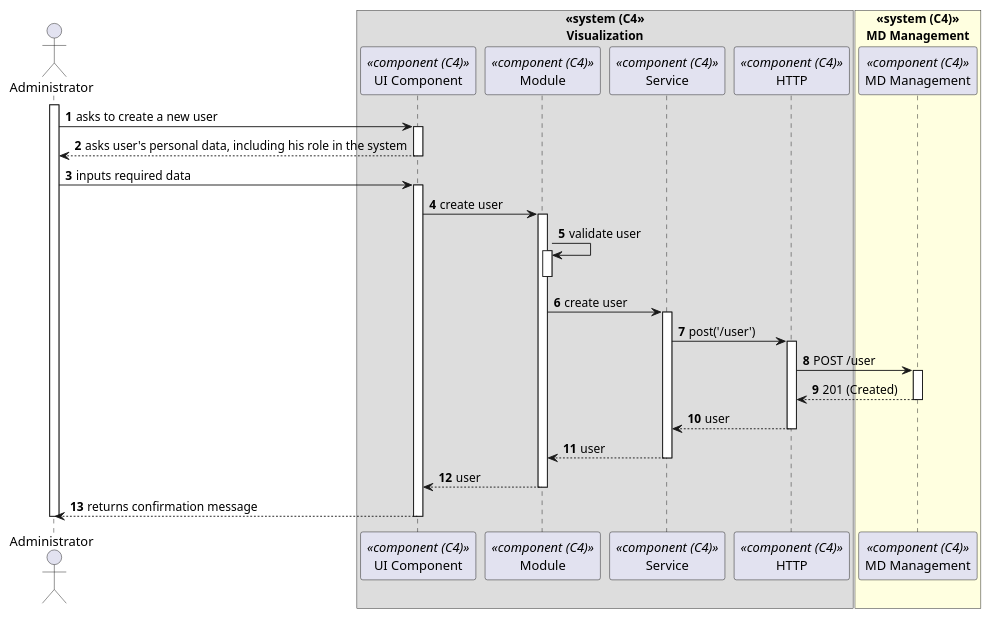
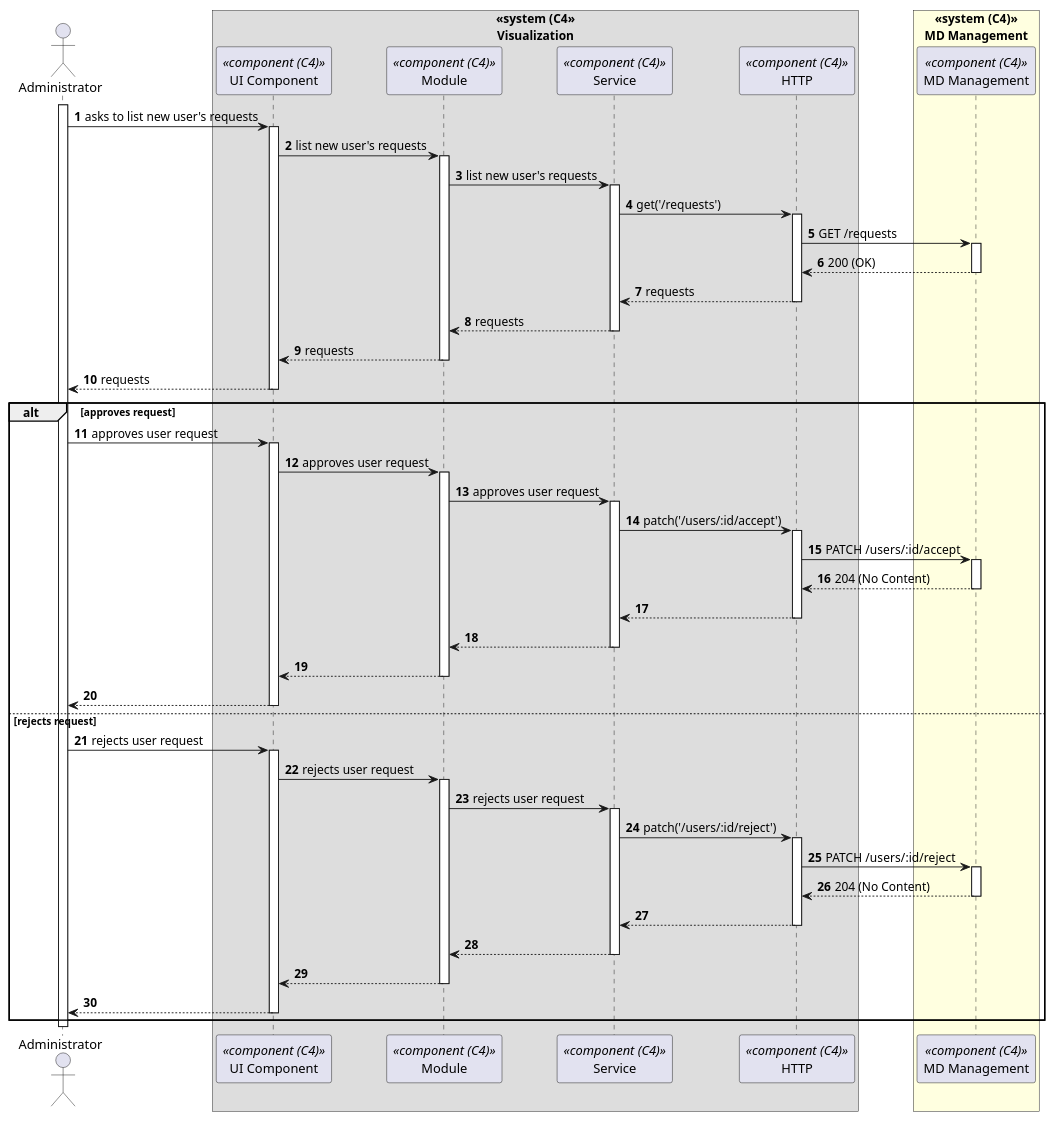
One commit to miseEnPlace-dev/lapr5 changed the diagram in _wiki/sprint-c/us-80/views/level-3/process-view.puml. Above: the diagram before and after it, drawn with PlantUML. The commit also changed 3 other files, not shown here.

```diff
--- a/_wiki/sprint-c/us-80/views/level-3/process-view.puml
+++ b/_wiki/sprint-c/us-80/views/level-3/process-view.puml
@@ -1,58 +1,91 @@
 @startuml process-view
 autonumber
 skinparam DefaultTextAlignment<<center>> center
 
 actor ADM as "Administrator"
 box "<<system (C4>>\nVisualization"<<center>>
   participant CMP as "UI Component" <<component (C4)>>
   participant MOD as "Module" <<component (C4)>>
   participant SRV as "Service" <<component (C4)>>
   participant HTTP as "HTTP" <<component (C4)>>
 end box
 
 box "<<system (C4)>>\nMD Management" <<center>>#LightYellow
   participant MDM as "MD Management" <<component (C4)>>
 end box
 
 activate ADM
 
-ADM -> CMP : asks to create a new user
+ADM -> CMP : asks to list new user's requests
 activate CMP
+CMP -> MOD : list new user's requests
+activate MOD
+MOD -> SRV : list new user's requests
+activate SRV
+SRV -> HTTP : get('/requests')
+activate HTTP
 
-ADM <-- CMP : asks user's personal data, including his role in the system
+HTTP -> MDM : GET /requests
+activate MDM
+MDM --> HTTP : 200 (OK)
+deactivate MDM
+HTTP --> SRV : requests
+deactivate HTTP
+SRV --> MOD : requests
+deactivate SRV
+MOD --> CMP : requests
+deactivate MOD
+CMP --> ADM : requests
 deactivate CMP
 
-ADM -> CMP : inputs required data
+alt approves request
+
+ADM -> CMP : approves user request
 activate CMP
-CMP -> MOD : create user
+CMP -> MOD : approves user request
 activate MOD
-MOD -> MOD : validate user
-activate MOD
+MOD -> SRV : approves user request
+activate SRV
+SRV -> HTTP : patch('/users/:id/accept')
+activate HTTP
+HTTP -> MDM : PATCH /users/:id/accept
+activate MDM
+MDM --> HTTP : 204 (No Content)
+deactivate MDM
+HTTP --> SRV 
+deactivate HTTP
+SRV --> MOD
+deactivate SRV
+MOD --> CMP
 deactivate MOD
-
-MOD -> SRV : create user
-activate SRV
-SRV -> HTTP : post('/user')
-
-activate HTTP
-
-HTTP -> MDM : POST /user
-activate MDM
-MDM --> HTTP : 201 (Created)
-deactivate MDM
-
-HTTP --> SRV : user
-deactivate HTTP
-
-SRV --> MOD : user
-deactivate SRV
-MOD --> CMP : user
-deactivate MOD
-
-ADM <-- CMP : returns confirmation message
+CMP --> ADM
 deactivate CMP
 
+else rejects request
+
+ADM -> CMP : rejects user request
+activate CMP
+CMP -> MOD : rejects user request
+activate MOD
+MOD -> SRV : rejects user request
+activate SRV
+SRV -> HTTP : patch('/users/:id/reject')
+activate HTTP
+HTTP -> MDM : PATCH /users/:id/reject
+activate MDM
+MDM --> HTTP : 204 (No Content)
+deactivate MDM
+HTTP --> SRV
+deactivate HTTP
+SRV --> MOD
+deactivate SRV
+MOD --> CMP
+deactivate MOD
+CMP --> ADM
+deactivate CMP
+
+end
 
 deactivate ADM
 
 @enduml
```
